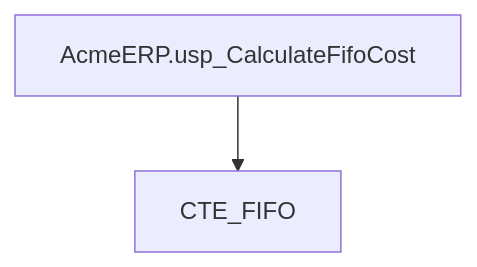
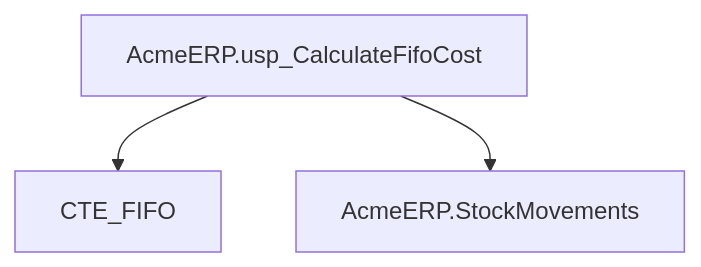
One commit to 25Jayesh10/Data_Lineage_Analyzer changed the first of 7 diagrams in document/procedures.md. Above: the diagram before and after it, drawn with Mermaid. The commit also changed other lines of this file and 4 other files, not shown here.

````diff
--- a/document/procedures.md
+++ b/document/procedures.md
@@ -48,4 +49,5 @@
 ```mermaid
 graph TD
     AcmeERP.usp_CalculateFifoCost --> CTE_FIFO
+    AcmeERP.usp_CalculateFifoCost --> AcmeERP.StockMovements
 ```
````
